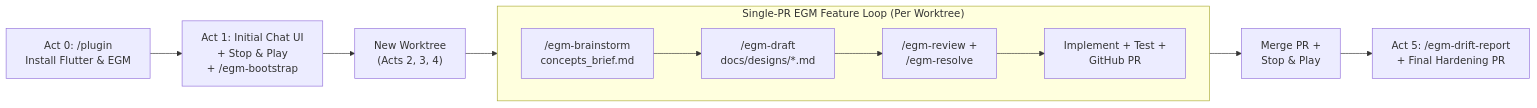
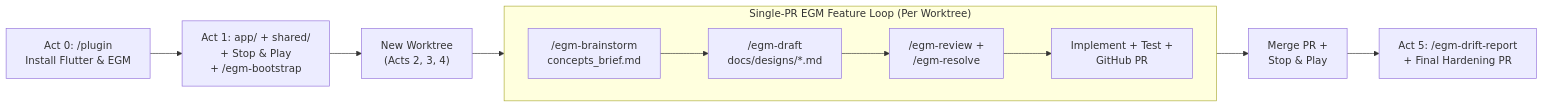
One commit to domesticmouse/agy_genui_demo changed the diagram in CODELAB.md. Above: the diagram before and after it, drawn with Mermaid. The commit also changed other lines of this file, not shown here.

First line of the commit message:
Rebuild CODELAB.md as an interactive client/server Antigravity Desktop + EGM workshop

````diff
--- a/CODELAB.md
+++ b/CODELAB.md
@@ -12,14 +17,14 @@
 ```mermaid
 flowchart LR
-  P["Act 0: /plugin\nInstall Flutter & EGM"] --> A1["Act 1: Initial Chat UI\n+ Stop & Play\n+ /egm-bootstrap"]
+  P["Act 0: /plugin\nInstall Flutter & EGM"] --> A1["Act 1: app/ + shared/\n+ Stop & Play\n+ /egm-bootstrap"]
   A1 --> W["New Worktree\n(Acts 2, 3, 4)"]
   subgraph EGM["Single-PR EGM Feature Loop (Per Worktree)"]
     direction LR
     B["/egm-brainstorm\nconcepts_brief.md"] --> D["/egm-draft\ndocs/designs/*.md"]
     D --> R["/egm-review +\n/egm-resolve"]
     R --> I["Implement + Test +\nGitHub PR"]
   end
   W --> EGM
   EGM --> SP["Merge PR +\nStop & Play"]
   SP --> A5["Act 5: /egm-drift-report\n+ Final Hardening PR"]
 ```
````
